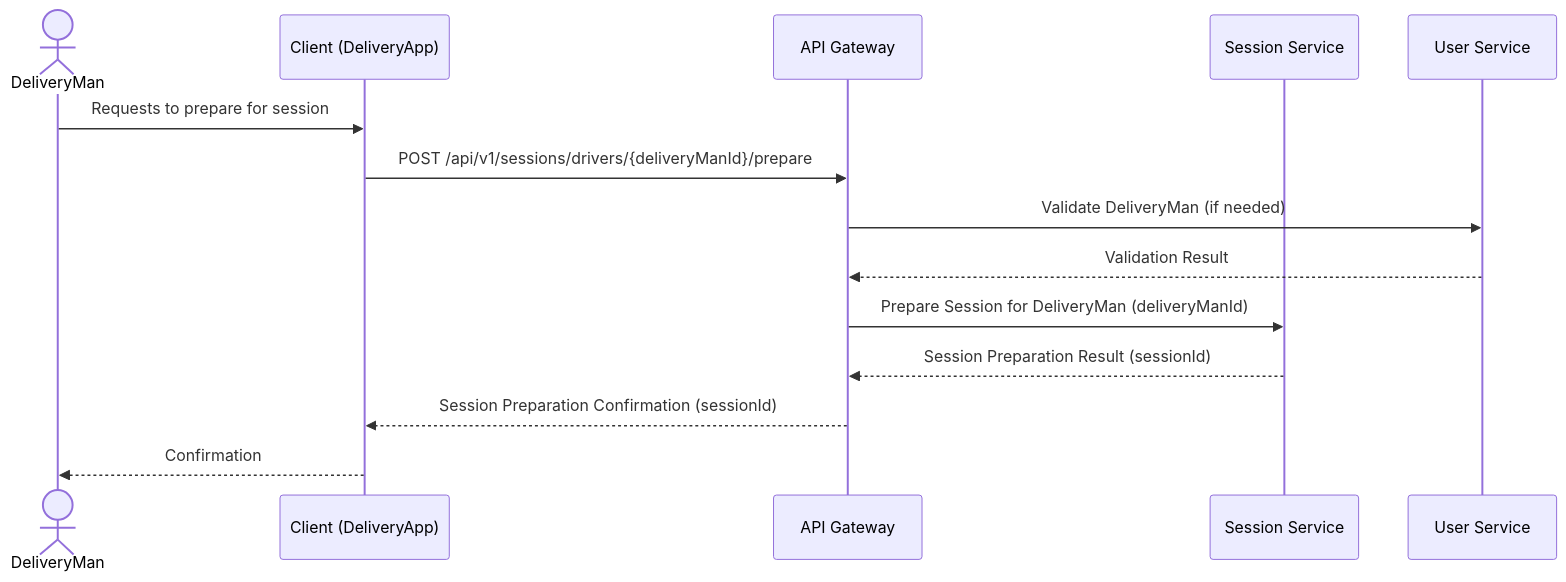
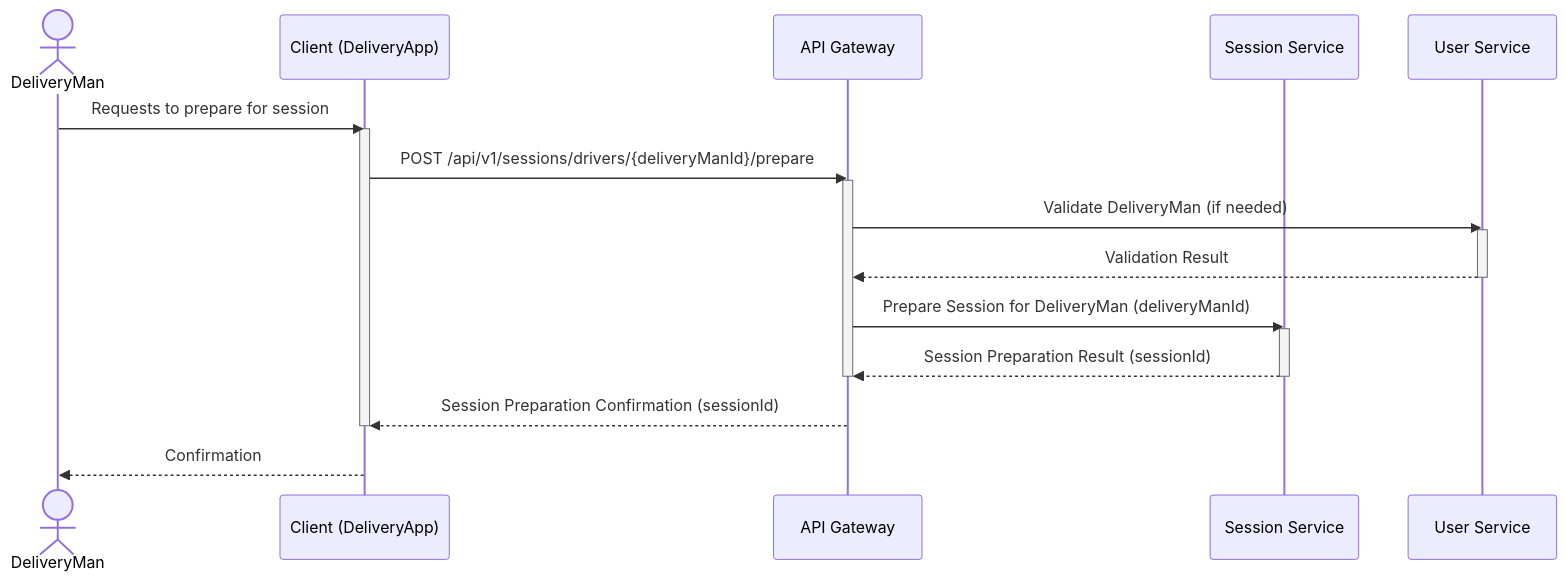
The second of 5 diagrams in reports/3_APIS_AND_FUNCTIONS/diagrams/session_workflows.md (hungdev11/Delivery-Coodinating-System-And-Delivery-App), drawn with Mermaid before and after one commit. The commit also changed other lines of this file and 11 other files, not shown here.

Commit message:
add processing bar for sequence diagram

````diff
--- a/reports/3_APIS_AND_FUNCTIONS/diagrams/session_workflows.md
+++ b/reports/3_APIS_AND_FUNCTIONS/diagrams/session_workflows.md
@@ -23,17 +23,25 @@
 ```mermaid
 sequenceDiagram
     actor DeliveryMan
     participant Client as Client (DeliveryApp)
     participant APIGateway as API Gateway
     participant SessionService as Session Service
     participant UserService as User Service
 
     DeliveryMan->>Client: Requests to prepare for session
+    activate Client
     Client->>APIGateway: POST /api/v1/sessions/drivers/{deliveryManId}/prepare
+    activate APIGateway
     APIGateway->>UserService: Validate DeliveryMan (if needed)
+    activate UserService
     UserService-->>APIGateway: Validation Result
+    deactivate UserService
     APIGateway->>SessionService: Prepare Session for DeliveryMan (deliveryManId)
+    activate SessionService
     SessionService-->>APIGateway: Session Preparation Result (sessionId)
+    deactivate SessionService
+    deactivate APIGateway
     APIGateway-->>Client: Session Preparation Confirmation (sessionId)
+    deactivate Client
     Client-->>DeliveryMan: Confirmation
 ```
````
